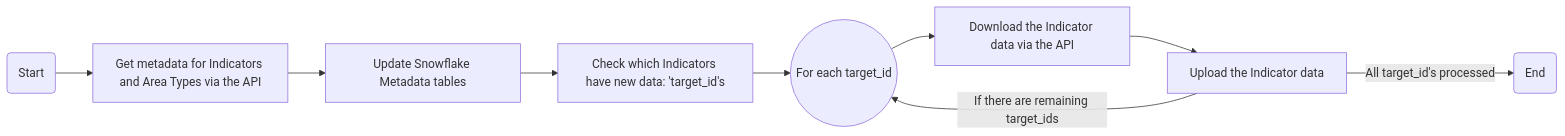
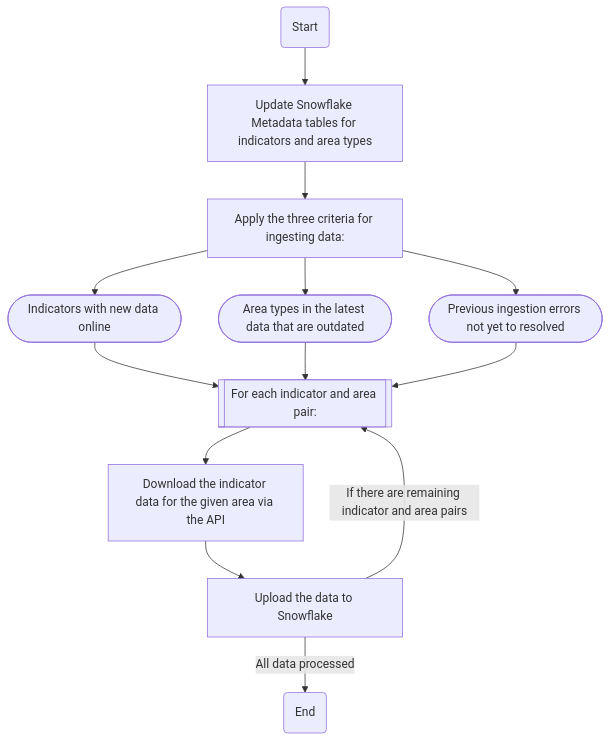
Before and after one commit to ncl-cancer-alliance/cancer_fingertips: the diagram in README.md, drawn with Mermaid. The commit also changed other lines of this file, not shown here.

````diff
--- a/README.md
+++ b/README.md
@@ -17,11 +28,15 @@
 ```mermaid
-flowchart LR
-    A(Start) --> B[Get metadata for Indicators and Area Types via the API]
-    B --> C[Update Snowflake Metadata tables]
-    C --> D[Check which Indicators have new data: 'target_id's]
-    D --> E((For each target_id))
-    E --> F[Download the Indicator data via the API]
-    F --> G[Upload the Indicator data]
-    G --> |If there are remaining target_ids| E
-    G --> |All target_id's processed| Z(End)
+flowchart TB
+    A(Start) --> B[Update Snowflake Metadata tables for indicators and area types]
+    B --> C[Apply the three criteria for ingesting data:]
+    C --> C0([Indicators with new data online])
+    C --> C1([Area types in the latest data that are outdated])
+    C --> C2([Previous ingestion errors not yet to resolved])
+    C0 --> D[[For each indicator and area pair:]]
+    C1 --> D
+    C2 --> D
+    D --> E[Download the indicator data for the given area via the API]
+    E --> F[Upload the data to Snowflake]
+    F --> |If there are remaining indicator and area pairs| D
+    F --> |All data processed| Z(End)
 ```
````
